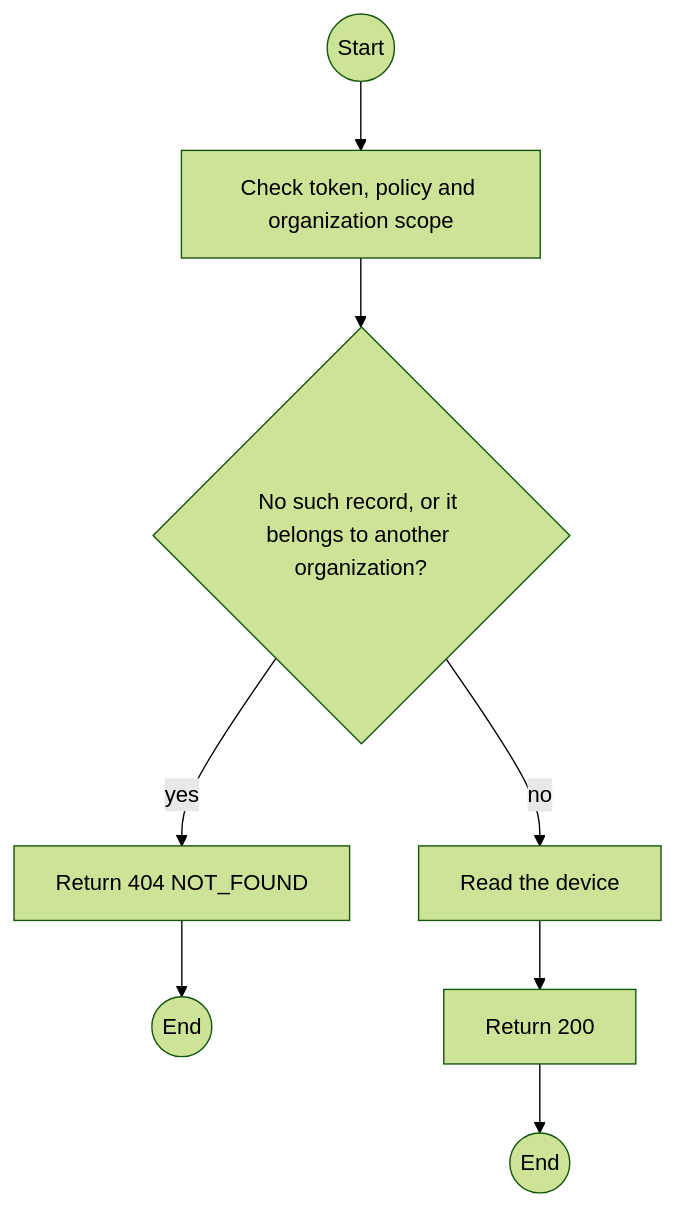
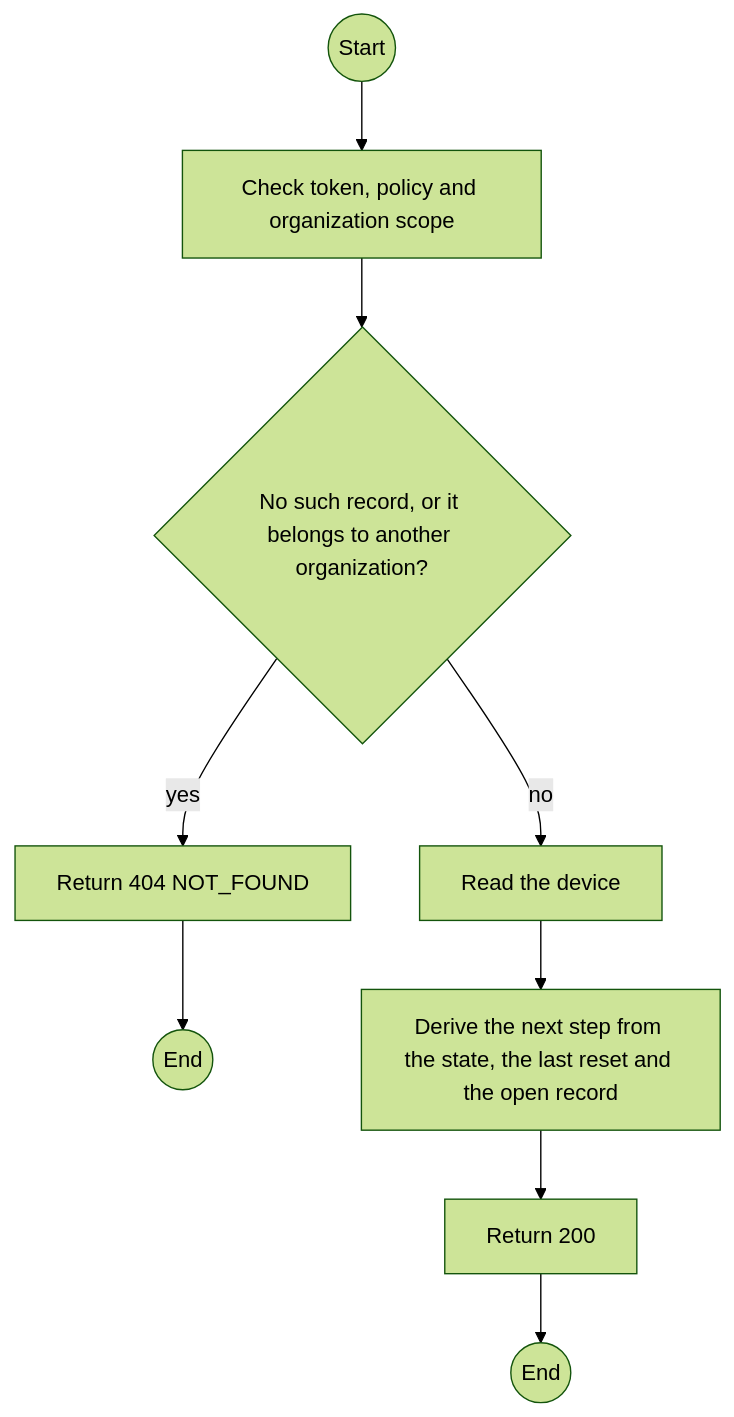
Before and after one commit to TrekLink-Team/treklink-web: the first of 2 diagrams in specs/devices/api-design/07-get-devices-id.md, drawn with Mermaid (forest theme). The commit also changed other lines of this file and 12 other files, not shown here.

First line of the commit message:
docs: specify the close check and the next step back to AVAILABLE (D-092 rules 3 and 4)

````diff
--- a/specs/devices/api-design/07-get-devices-id.md
+++ b/specs/devices/api-design/07-get-devices-id.md
@@ -134,16 +139,18 @@
 ```mermaid
 flowchart TB
     S((Start))
     A0["Check token, policy and organization scope"]
     S --> A0
     D1{"No such record, or it belongs to another organization?"}
     A0 --> D1
     E1["Return 404 NOT_FOUND"]
     D1 -->|yes| E1
     E1 --> X1((End))
     P0["Read the device"]
     D1 -->|no| P0
+    P1["Derive the next step from the state, the last reset and the open record"]
+    P0 --> P1
     OK["Return 200"]
-    P0 --> OK
+    P1 --> OK
     OK --> Z((End))
 ```
````
